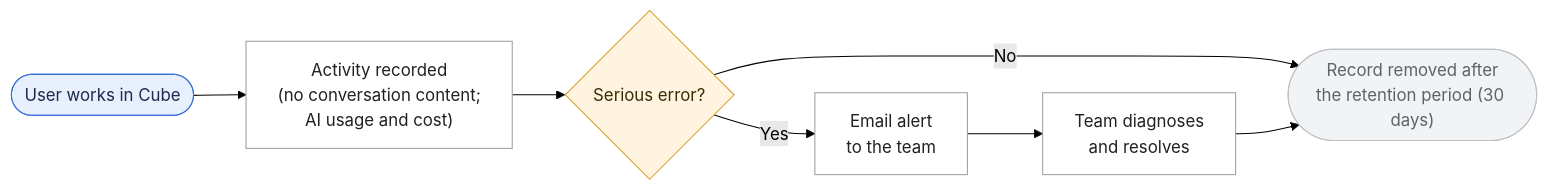
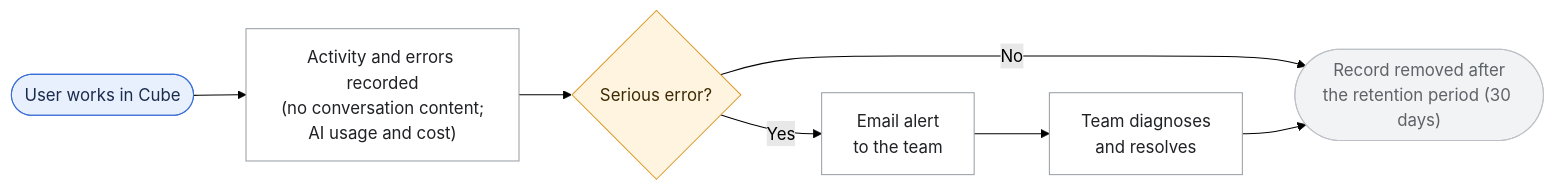
Before and after one commit to SwanandAI/diffusion-cube: the first of 7 diagrams in docs/features/monitoring-logging-cleanup/requirement_monitoring_logging_cleanup.md, drawn with Mermaid (forest theme). The commit also changed other lines of this file and 1 other file, not shown here.

````diff
--- a/docs/features/monitoring-logging-cleanup/requirement_monitoring_logging_cleanup.md
+++ b/docs/features/monitoring-logging-cleanup/requirement_monitoring_logging_cleanup.md
@@ -33,19 +92,19 @@
 ```mermaid
 flowchart LR
-    A(["User works in Cube"]) --> B["Activity recorded<br/>(no conversation content;<br/>AI usage and cost)"]
+    A(["User works in Cube"]) --> B["Activity and errors recorded<br/>(no conversation content;<br/>AI usage and cost)"]
     B --> D{"Serious error?"}
     D -->|"Yes"| E["Email alert<br/>to the team"]
     E --> F["Team diagnoses<br/>and resolves"]
     D -->|"No"| G(["Record removed after<br/>the retention period (30 days)"])
     F --> G
 
     classDef start fill:#E8F0FE,stroke:#3B6FD8,color:#1A2B4C
     classDef decision fill:#FFF4E0,stroke:#D99A2B,color:#3D2A00
     classDef step fill:#FFFFFF,stroke:#9AA0A6,color:#202124
     classDef stop fill:#F1F3F4,stroke:#BDC1C6,color:#5F6368
 
     class A start
     class D decision
     class B,E,F step
     class G stop
 ```
````
